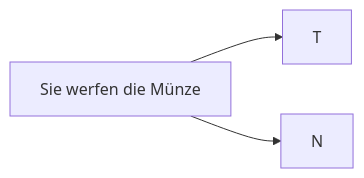
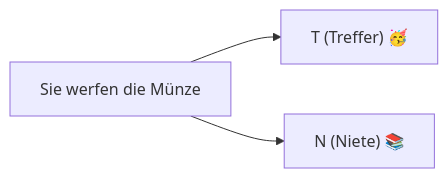
Before and after one commit to sebastiansauer/start-bayes: the first of 4 diagrams in 0300-Wskt.qmd, drawn with Mermaid. The commit also changed other lines of this file and 17 other files, not shown here.

````diff
--- a/0300-Wskt.qmd
+++ b/0300-Wskt.qmd
@@ -378,7 +378,7 @@
 ```{mermaid}
 %%| label: fig-baummuenz1
 %%| fig-cap: Sie werfen eine Münze. Party oder Lernen???
 flowchart LR
- M[Sie werfen die Münze] --> T
- M --> N
+ M[Sie werfen die Münze] --> T["T (Treffer) 🥳"]
+  M --> N["N (Niete) 📚"]
 ```
````
